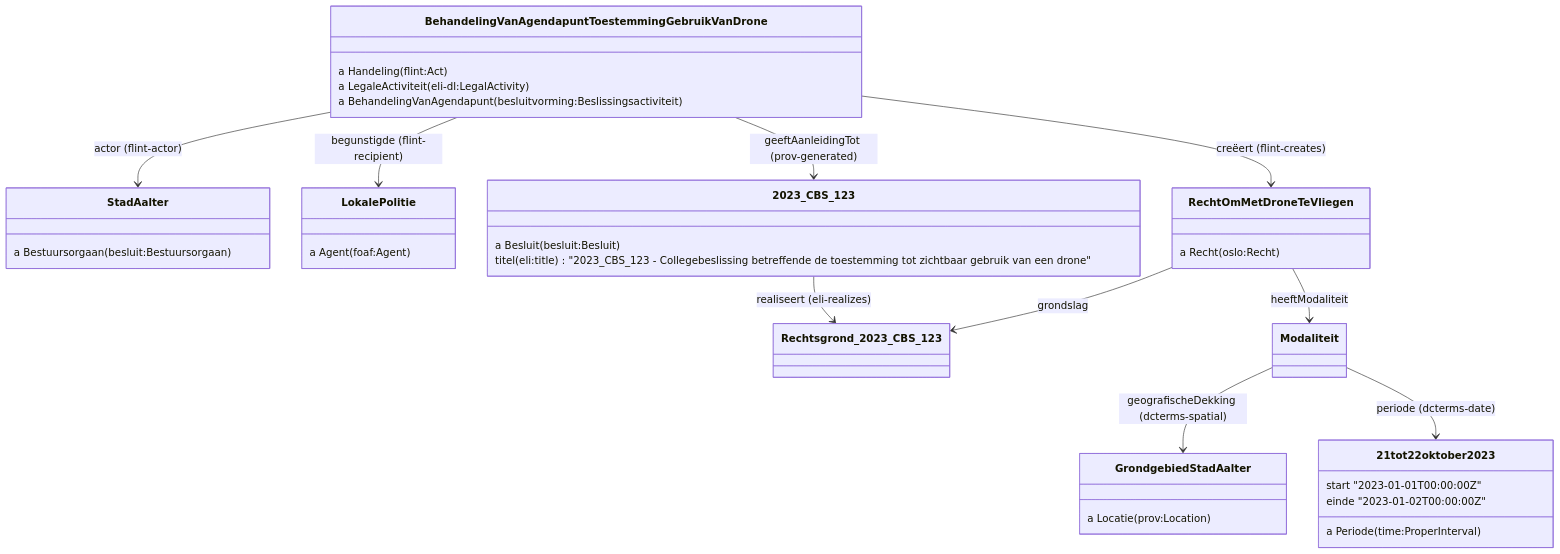
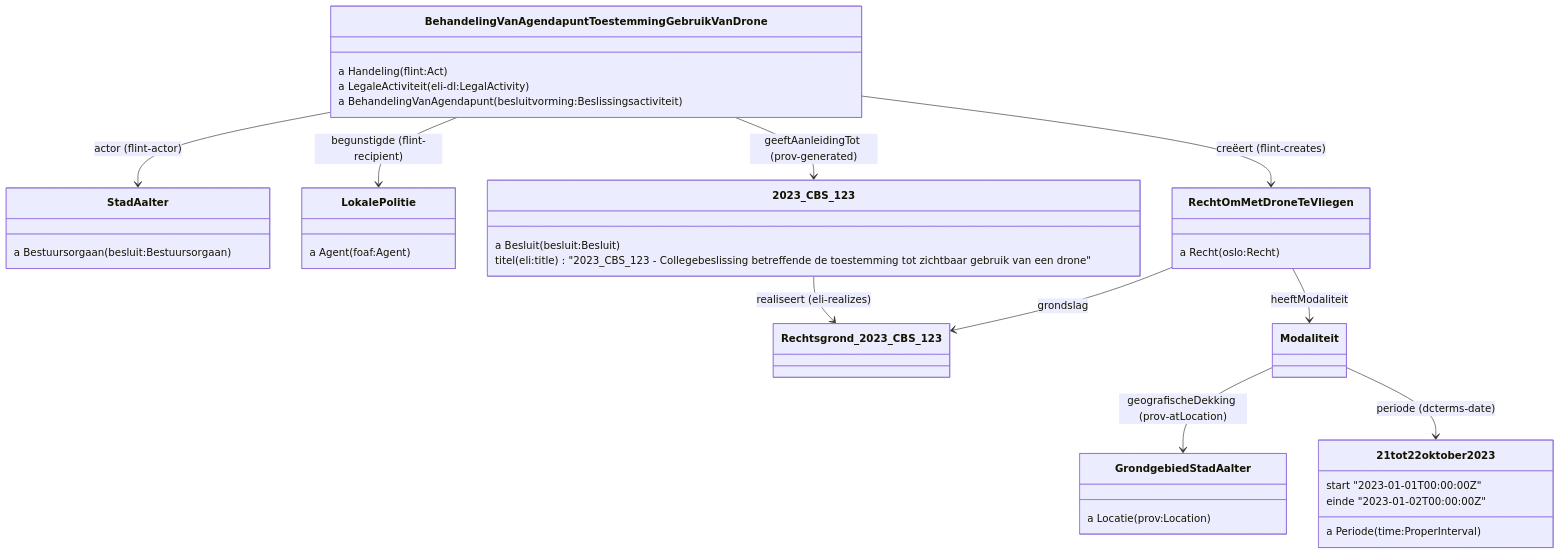
Before and after one commit to Informatievlaanderen/OSLOthema-slimmeRaadpleegOmgeving: diagram 11 of 15 in README.md, drawn with Mermaid. The commit also changed other lines of this file, not shown here.

Commit message:
update dcterms:spatial to prov:atLocation

````diff
--- a/README.md
+++ b/README.md
@@ -399,47 +399,47 @@
 ```mermaid
 classDiagram
 BehandelingVanAgendapuntToestemmingGebruikVanDrone --> StadAalter: actor (flint-actor)
 BehandelingVanAgendapuntToestemmingGebruikVanDrone --> LokalePolitie: begunstigde (flint-recipient)
 BehandelingVanAgendapuntToestemmingGebruikVanDrone --> RechtOmMetDroneTeVliegen: creëert (flint-creates)
 BehandelingVanAgendapuntToestemmingGebruikVanDrone --> 2023_CBS_123: geeftAanleidingTot (prov-generated)
 
 class BehandelingVanAgendapuntToestemmingGebruikVanDrone {
  a Handeling (flint:Act)
  a LegaleActiviteit (eli-dl:LegalActivity)
  a BehandelingVanAgendapunt (besluitvorming:Beslissingsactiviteit)
 }
 
 class RechtOmMetDroneTeVliegen {
  a Recht (oslo:Recht)
 }
 
 class StadAalter {
  a Bestuursorgaan (besluit:Bestuursorgaan)
 }
 
 class LokalePolitie {
  a Agent (foaf:Agent)
 }
 
 RechtOmMetDroneTeVliegen --> Rechtsgrond_2023_CBS_123 : grondslag
 2023_CBS_123 --> Rechtsgrond_2023_CBS_123: realiseert (eli-realizes)
 
 RechtOmMetDroneTeVliegen --> Modaliteit: heeftModaliteit
-Modaliteit --> GrondgebiedStadAalter: geografischeDekking (dcterms-spatial)
+Modaliteit --> GrondgebiedStadAalter: geografischeDekking (prov-atLocation)
 Modaliteit --> 21tot22oktober2023: periode (dcterms-date)
 
 class 2023_CBS_123 {
  a Besluit (besluit:Besluit)
 titel (eli:title) "2023_CBS_123 - Collegebeslissing betreffende de toestemming tot zichtbaar gebruik van een drone"
 }
 
 class GrondgebiedStadAalter {
   a Locatie (prov:Location)
 }
 
 class 21tot22oktober2023 {
  a Periode (time:ProperInterval)
  start "2023-01-01T00:00:00Z"
  einde "2023-01-02T00:00:00Z"
 }
 ```
````
